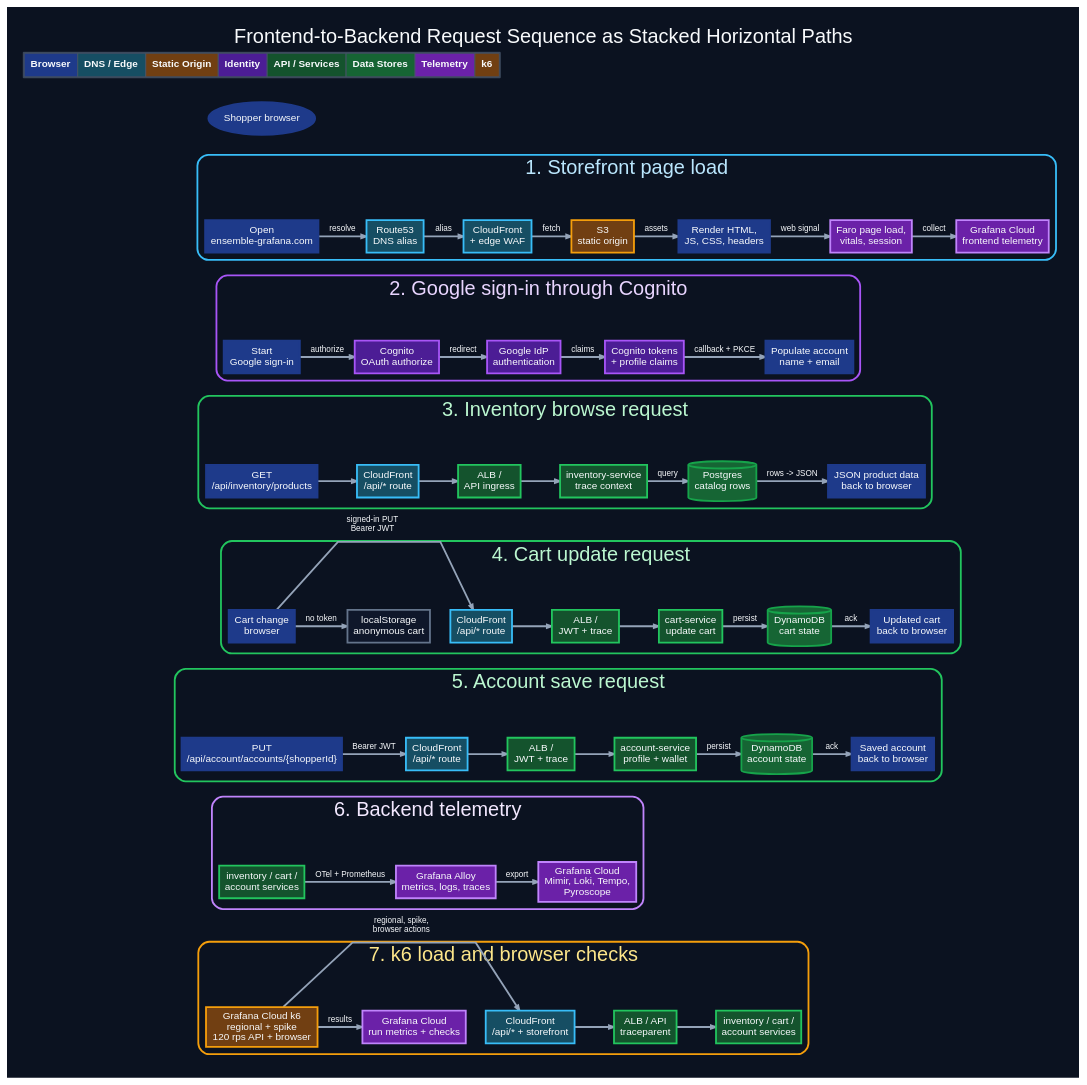
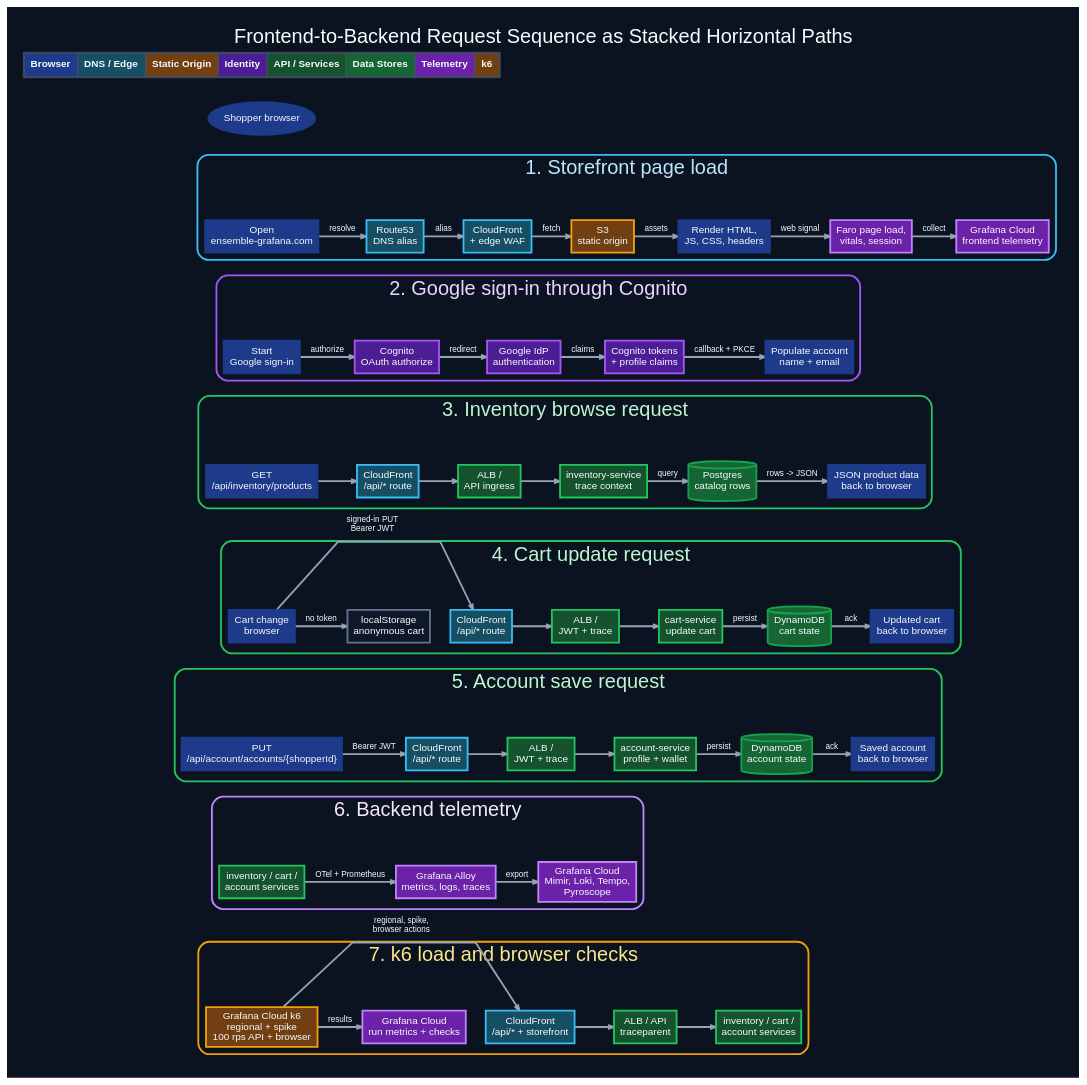
Before and after one commit to orenlion1/ensemble-retail: the second of 4 diagrams in DIAGRAMS.md, drawn with Graphviz. The commit also changed other lines of this file and 44 other files, not shown here.

Commit message:
Dial traffic spike load test to 100 rps

```diff
--- a/DIAGRAMS.md
+++ b/DIAGRAMS.md
@@ -296,7 +296,7 @@
     color="#f59e0b";
     fontcolor="#fde68a";
     style="rounded,setlinewidth(2)";
-    k6_runner [label="Grafana Cloud k6\nregional + spike\n120 rps API + browser", fillcolor="#713f12", color="#f59e0b", group=c1];
+    k6_runner [label="Grafana Cloud k6\nregional + spike\n100 rps API + browser", fillcolor="#713f12", color="#f59e0b", group=c1];
     k6_cf [label="CloudFront\n/api/* + storefront", fillcolor="#164e63", color="#38bdf8", group=c2];
     k6_api [label="ALB / API\ntraceparent", fillcolor="#14532d", color="#22c55e", group=c3];
     k6_services [label="inventory / cart /\naccount services", fillcolor="#14532d", color="#22c55e", group=c4];
```
